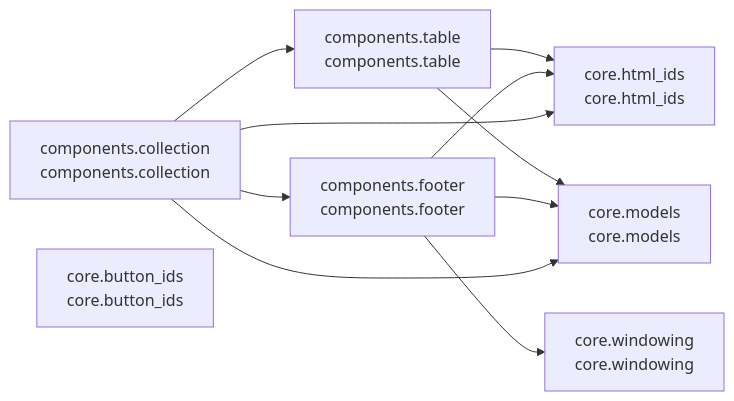
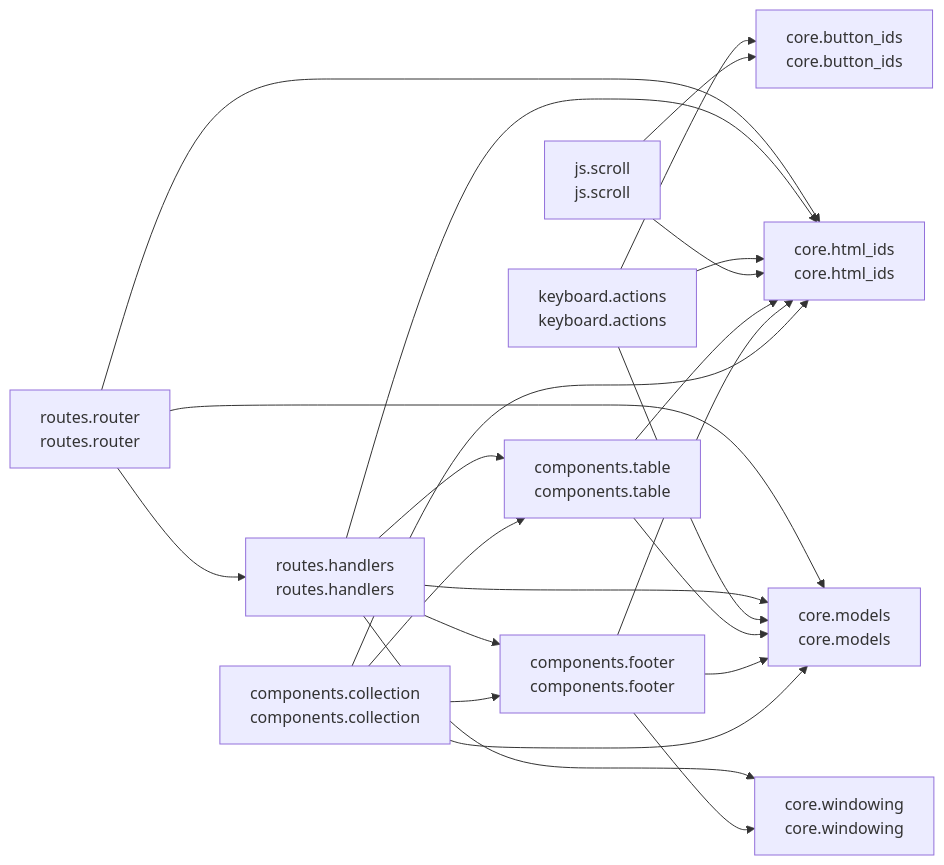
Before and after one commit to cj-mills/cjm-fasthtml-virtual-collection: the diagram in README.md, drawn with Mermaid. The commit also changed other lines of this file and 14 other files, not shown here.

Commit message:
Add Phase 3 keyboard navigation, discrete nav routes, and wheel handler with HTMX OOB updates.

````diff
--- a/README.md
+++ b/README.md
@@ -29,20 +36,37 @@
 ``` mermaid
 graph LR
     components_collection[components.collection<br/>components.collection]
     components_footer[components.footer<br/>components.footer]
     components_table[components.table<br/>components.table]
     core_button_ids[core.button_ids<br/>core.button_ids]
     core_html_ids[core.html_ids<br/>core.html_ids]
     core_models[core.models<br/>core.models]
     core_windowing[core.windowing<br/>core.windowing]
+    js_scroll[js.scroll<br/>js.scroll]
+    keyboard_actions[keyboard.actions<br/>keyboard.actions]
+    routes_handlers[routes.handlers<br/>routes.handlers]
+    routes_router[routes.router<br/>routes.router]
 
     components_collection --> core_html_ids
+    components_collection --> core_models
     components_collection --> components_table
-    components_collection --> core_models
     components_collection --> components_footer
-    components_footer --> core_windowing
     components_footer --> core_html_ids
     components_footer --> core_models
+    components_footer --> core_windowing
+    components_table --> core_html_ids
     components_table --> core_models
-    components_table --> core_html_ids
+    js_scroll --> core_html_ids
+    js_scroll --> core_button_ids
+    keyboard_actions --> core_html_ids
+    keyboard_actions --> core_models
+    keyboard_actions --> core_button_ids
+    routes_handlers --> core_windowing
+    routes_handlers --> core_html_ids
+    routes_handlers --> core_models
+    routes_handlers --> components_table
+    routes_handlers --> components_footer
+    routes_router --> core_html_ids
+    routes_router --> core_models
+    routes_router --> routes_handlers
 ```
````
